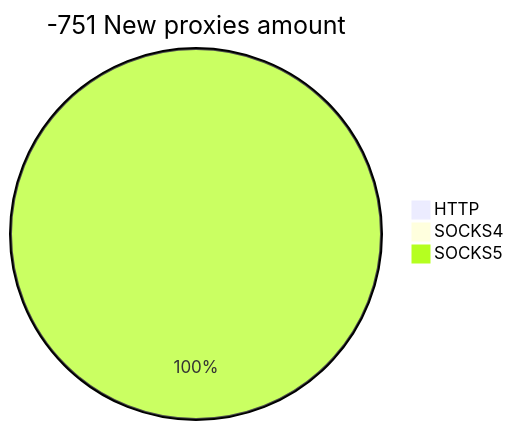
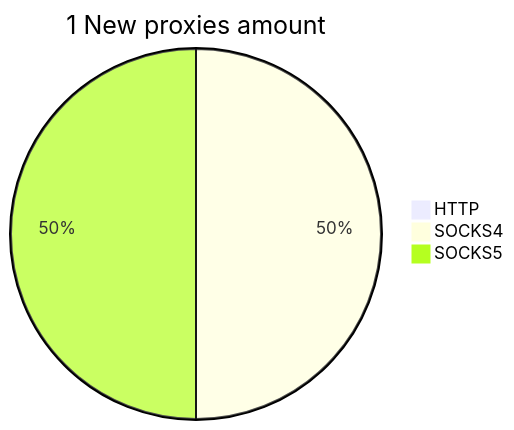
One commit to cutipu/proxylist changed the second of 2 diagrams in README.md. Above: the diagram before and after it, drawn with Mermaid. The commit also changed other lines of this file, not shown here.

````diff
--- a/README.md
+++ b/README.md
@@ -10,6 +10,6 @@
 ```mermaid
-pie title -751 New proxies amount
+pie title 1 New proxies amount
     "HTTP" : 0
-    "SOCKS4" : 0
-    "SOCKS5" : 193
+    "SOCKS4" : 1
+    "SOCKS5" : 1
 ```
````
